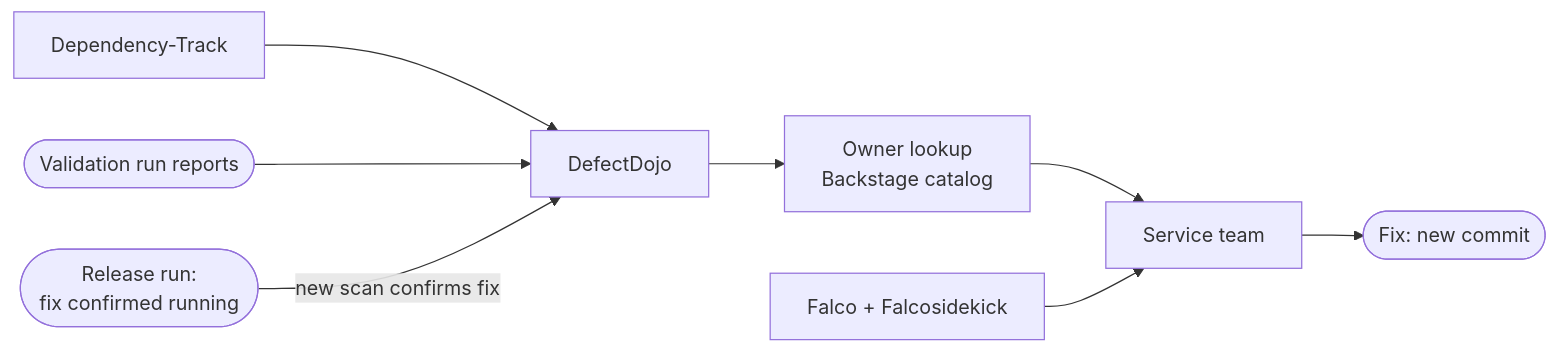
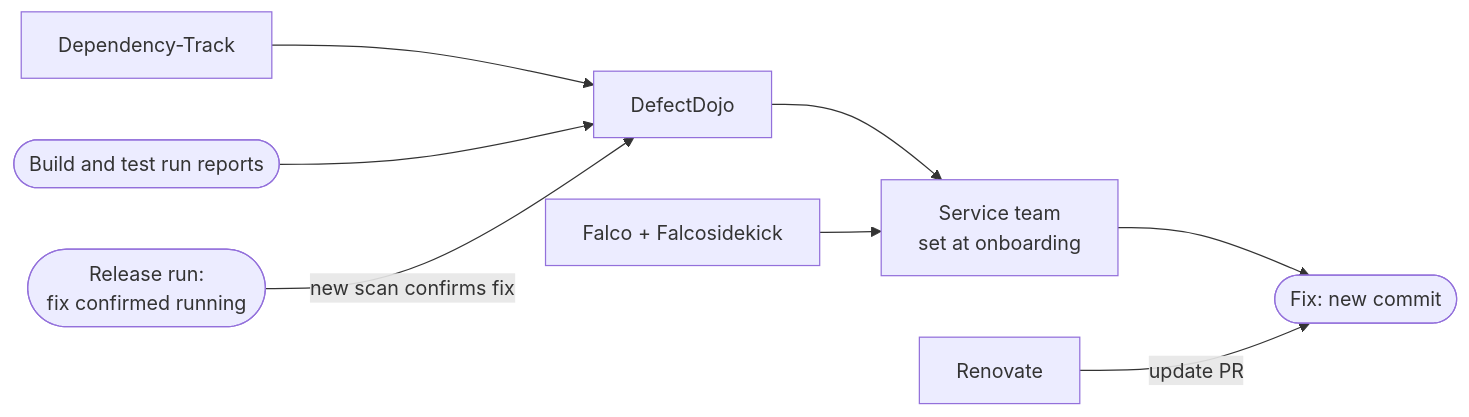
Before and after one commit to andymotta/Platform-Engineering: the seventh of 7 diagrams in content/en/docs/reference-architectures/open-source-ssdf-cicd.md, drawn with Mermaid. The commit also changed other lines of this file, not shown here.

First line of the commit message:
docs: revise the open source SSDF reference architecture

````diff
--- a/content/en/docs/reference-architectures/open-source-ssdf-cicd.md
+++ b/content/en/docs/reference-architectures/open-source-ssdf-cicd.md
@@ -190,9 +224,10 @@
 ```mermaid
 flowchart LR
     DT["Dependency-Track"] --> DD["DefectDojo"]
-    V(["Validation run reports"]) --> DD
+    V(["Build and test run reports"]) --> DD
     R(["Release run:<br/>fix confirmed running"]) -->|new scan confirms fix| DD
-    DD --> L["Owner lookup<br/>Backstage catalog"] --> T["Service team"]
+    DD --> T["Service team<br/>set at onboarding"]
     F["Falco + Falcosidekick"] --> T
     T --> N(["Fix: new commit"])
+    RN["Renovate"] -->|update PR| N
 ```
````
